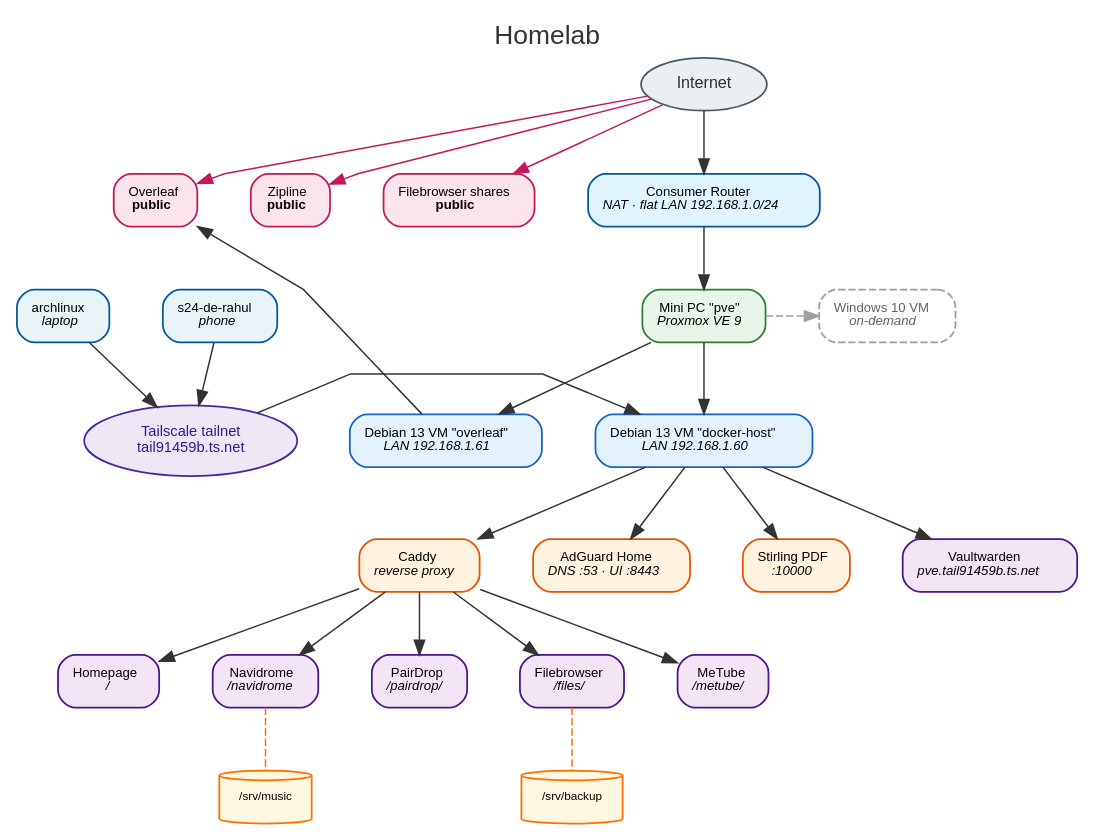
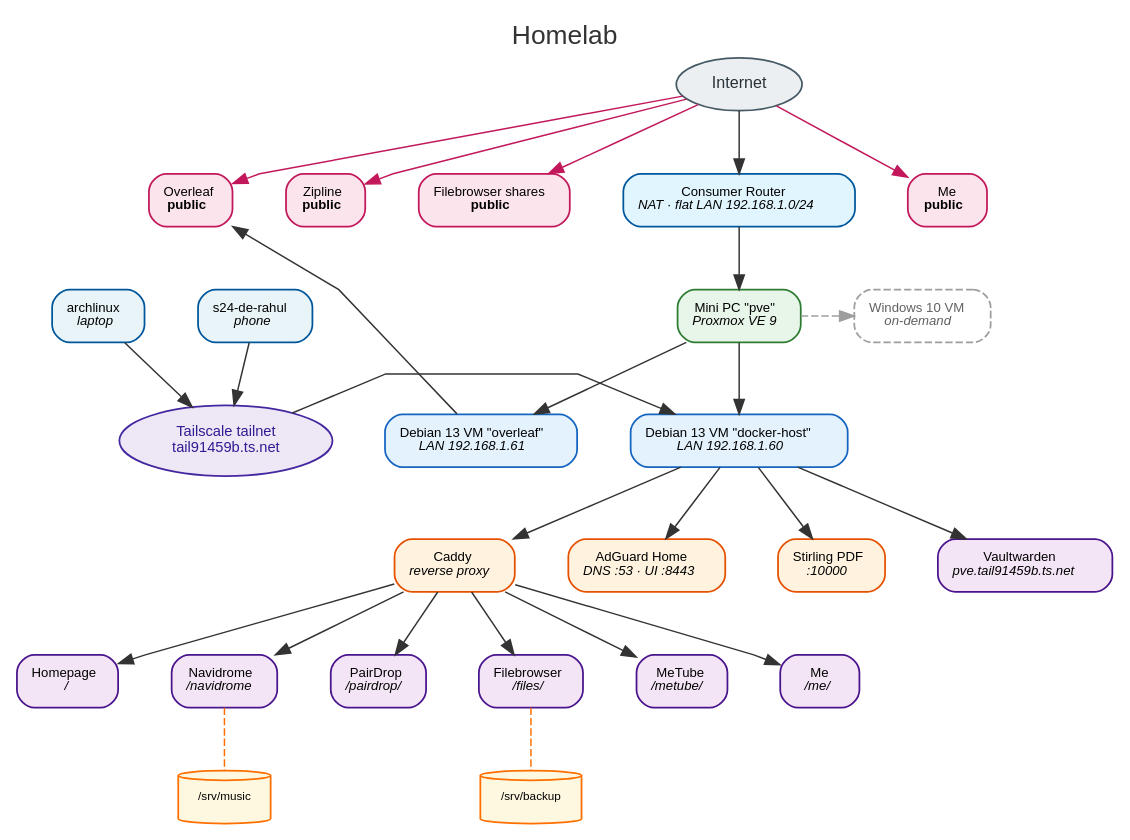
Before and after one commit to RahulSandhu/homelab: the diagram in docs/schemas/homelab.dot, drawn with Graphviz. The commit also changed 17 other files, not shown here.

```diff
--- a/docs/schemas/homelab.dot
+++ b/docs/schemas/homelab.dot
@@ -1,83 +1,87 @@
 digraph homelab {
     rankdir=TB;
     center=true;
     splines=polyline;
     nodesep=0.5;
     ranksep=0.6;
     bgcolor="white";
     labelloc="t";
     label="Homelab";
     graph [fontname="Helvetica", fontsize=18, fontcolor="#333333", color="#333333"];
     node  [fontname="Helvetica", fontsize=9, shape=box, style="rounded,filled",
            fillcolor="#e8f4f8", color="#01579b", penwidth=1.2, margin="0.14,0.09"];
     edge  [fontname="Helvetica", fontsize=8, color="#333333", penwidth=1.0];
 
     // ---------- nodes ----------
     wan    [label="Internet", shape=ellipse, style="filled", fillcolor="#eceff1", color="#455a64", fontsize=11, fontcolor="#263238", group=spine];
     router [label=<Consumer Router<br/><i>NAT &#183; flat LAN 192.168.1.0/24</i>>, fillcolor="#e1f5fe", color="#01579b", group=spine];
     pve    [label=<Mini PC "pve"<br/><i>Proxmox VE 9</i>>, fillcolor="#e8f5e9", color="#2e7d32", group=spine];
     vm     [label=<Debian 13 VM "docker-host"<br/><i>LAN 192.168.1.60</i>>, fillcolor="#e3f2fd", color="#1565c0", group=spine];
     win    [label=<Windows 10 VM<br/><i>on-demand</i>>, style="rounded,dashed", fillcolor="#f5f5f5", color="#9e9e9e", fontcolor="#616161"];
     ov     [label=<Debian 13 VM "overleaf"<br/><i>LAN 192.168.1.61</i>>, fillcolor="#e3f2fd", color="#1565c0"];
 
     tailnet [label="Tailscale tailnet\ntail91459b.ts.net", shape=ellipse, style="filled", fillcolor="#ede7f6", color="#4527a0", fontcolor="#311b92", fontsize=10];
     laptop  [label=<archlinux<br/><i>laptop</i>>];
     phone   [label=<s24-de-rahul<br/><i>phone</i>>];
 
     caddy [label=<Caddy<br/><i>reverse proxy</i>>, fillcolor="#fff3e0", color="#e65100"];
     adg   [label=<AdGuard Home<br/><i>DNS :53 &#183; UI :8443</i>>, fillcolor="#fff3e0", color="#e65100"];
     spdf  [label=<Stirling PDF<br/><i>:10000</i>>, fillcolor="#fff3e0", color="#e65100"];
     vw    [label=<Vaultwarden<br/><i>pve.tail91459b.ts.net</i>>, fillcolor="#f3e5f5", color="#4a148c"];
 
     hp [label=<Homepage<br/><i>/</i>>, fillcolor="#f3e5f5", color="#4a148c"];
     nd [label=<Navidrome<br/><i>/navidrome</i>>, fillcolor="#f3e5f5", color="#4a148c"];
     pd [label=<PairDrop<br/><i>/pairdrop/</i>>, fillcolor="#f3e5f5", color="#4a148c"];
     fb [label=<Filebrowser<br/><i>/files/</i>>, fillcolor="#f3e5f5", color="#4a148c"];
     mt [label=<MeTube<br/><i>/metube/</i>>, fillcolor="#f3e5f5", color="#4a148c"];
+    web [label=<Me<br/><i>/me/</i>>, fillcolor="#f3e5f5", color="#4a148c"];
 
     zp  [label=<Zipline<br/><b>public</b>>, fillcolor="#fce4ec", color="#c2185b"];
     fbp [label=<Filebrowser shares<br/><b>public</b>>, fillcolor="#fce4ec", color="#c2185b"];
     ovp [label=<Overleaf<br/><b>public</b>>, fillcolor="#fce4ec", color="#c2185b"];
+    webp [label=<Me<br/><b>public</b>>, fillcolor="#fce4ec", color="#c2185b"];
 
     music  [label="/srv/music", shape=cylinder, fillcolor="#fff8e1", color="#ff6f00", fontsize=8];
     backup [label="/srv/backup", shape=cylinder, fillcolor="#fff8e1", color="#ff6f00", fontsize=8];
 
     // ---------- ranks (top to bottom) ----------
-    { rank=same; router; zp; fbp; ovp; }
+    { rank=same; router; zp; fbp; ovp; webp; }
     { rank=same; pve; win; laptop; phone; }
     { rank=same; vm; ov; tailnet; }
     { rank=same; caddy; adg; spdf; vw; }
-    { rank=same; hp; nd; pd; fb; mt; }
+    { rank=same; hp; nd; pd; fb; mt; web; }
     { rank=same; music; backup; }
 
     // ---------- edges ----------
     wan -> router;
     router -> pve;
     pve -> vm;
     pve -> win [style=dashed, color="#9e9e9e"];
 
     laptop -> tailnet;
     phone  -> tailnet;
     tailnet -> vm;
 
     vm -> caddy;
     vm -> adg;
     vm -> spdf;
     vm -> vw;
 
     caddy -> hp;
     caddy -> nd;
     caddy -> pd;
     caddy -> fb;
     caddy -> mt;
+    caddy -> web;
 
     nd -> music  [style=dashed, arrowhead=none, color="#ff6f00"];
     fb -> backup [style=dashed, arrowhead=none, color="#ff6f00"];
 
     wan -> zp  [color="#c2185b", style=bold];
     wan -> fbp [color="#c2185b", style=bold];
+    wan -> webp [color="#c2185b", style=bold];
 
     pve -> ov;
     ov -> ovp;
     wan -> ovp [color="#c2185b", style=bold];
 }
```
